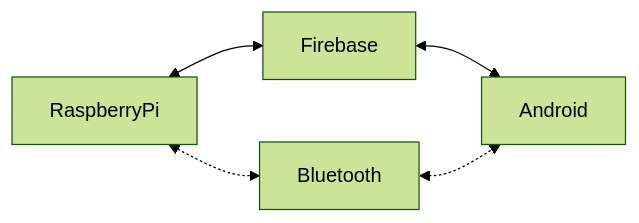
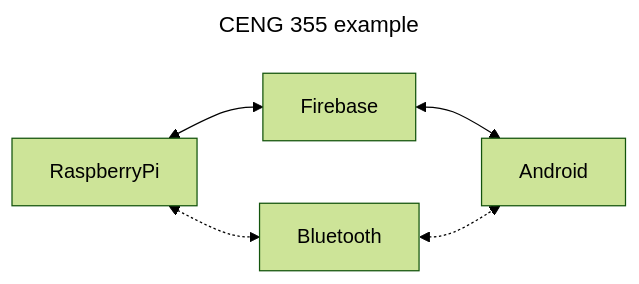
One commit to PrototypeZone/ceng153 changed the first of 2 diagrams in README.md. Above: the diagram before and after it, drawn with Mermaid (forest theme).

````diff
--- a/README.md
+++ b/README.md
@@ -2,4 +2,7 @@
 ```mermaid
+---
+title: CENG 355 example
+---
 flowchart LR;RaspberryPi<-->Firebase;Firebase<-->Android;
 RaspberryPi<-.->Bluetooth;Bluetooth<-.->Android;
 ```
````
